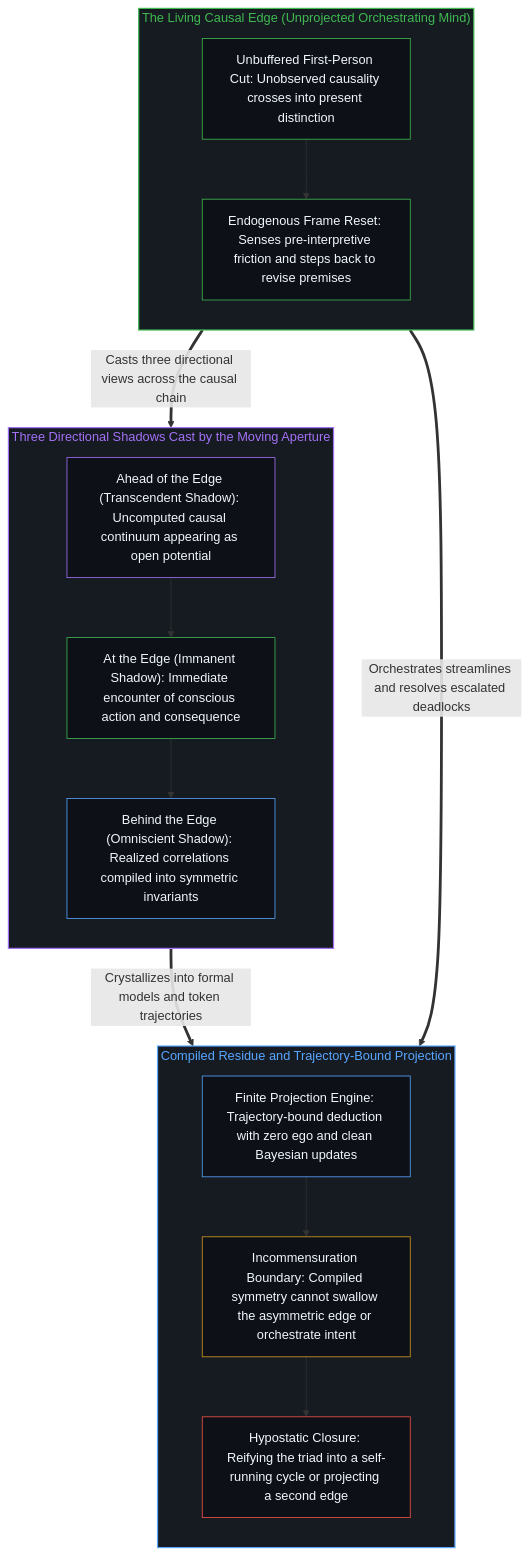
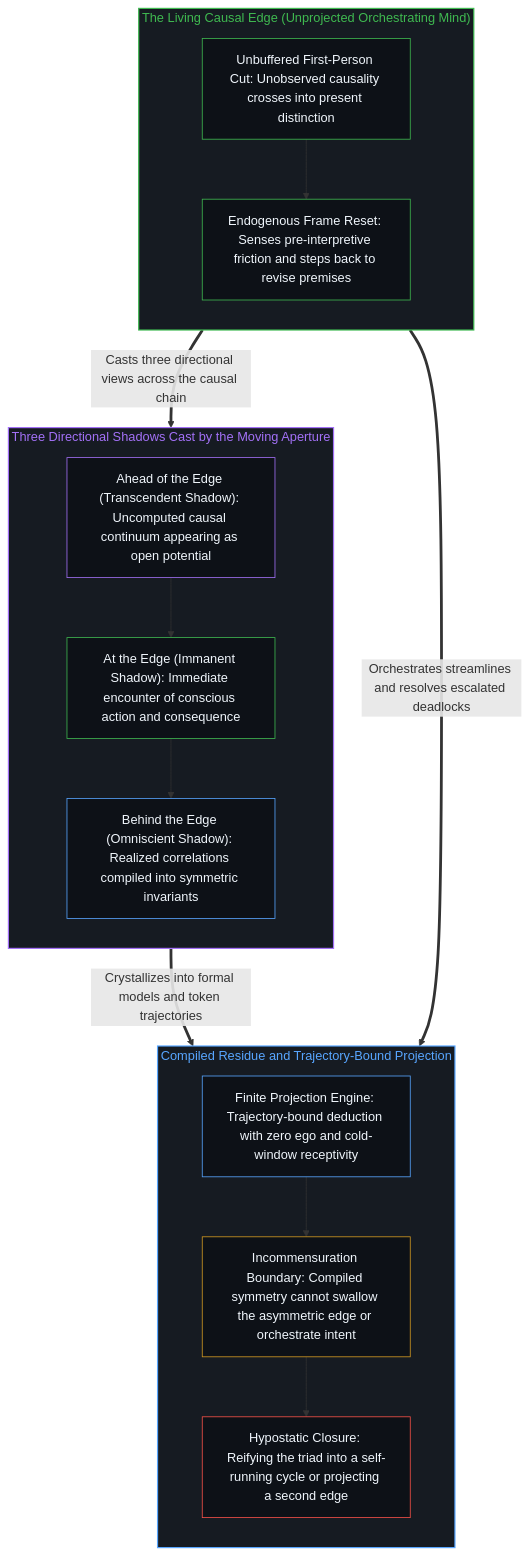
The second of 2 diagrams in content/posts/the-three-shadows-of-the-cut.md (powerpig99/not-a-toe), drawn with Mermaid before and after one commit. The commit also changed other lines of this file and 48 other files, not shown here.

````diff
--- a/content/posts/the-three-shadows-of-the-cut.md
+++ b/content/posts/the-three-shadows-of-the-cut.md
@@ -93,41 +89,37 @@
 ```mermaid
 flowchart TD
     subgraph S_Edge["The Living Causal Edge (Unprojected Orchestrating Mind)"]
         direction TB
         E1["Unbuffered First-Person Cut: Unobserved causality crosses into present distinction"]
         E2["Endogenous Frame Reset: Senses pre-interpretive friction and steps back to revise premises"]
         E1 --> E2
     end
-
     subgraph S_Shadows["Three Directional Shadows Cast by the Moving Aperture"]
         direction TB
         V_Ahead["Ahead of the Edge (Transcendent Shadow): Uncomputed causal continuum appearing as open potential"]
         V_At["At the Edge (Immanent Shadow): Immediate encounter of conscious action and consequence"]
         V_Behind["Behind the Edge (Omniscient Shadow): Realized correlations compiled into symmetric invariants"]
         V_Ahead --> V_At --> V_Behind
     end
-
     subgraph S_Model["Compiled Residue and Trajectory-Bound Projection"]
         direction TB
-        M_Agent["Finite Projection Engine: Trajectory-bound deduction with zero ego and clean Bayesian updates"]
+        M_Agent["Finite Projection Engine: Trajectory-bound deduction with zero ego and cold-window receptivity"]
         M_Incomm["Incommensuration Boundary: Compiled symmetry cannot swallow the asymmetric edge or orchestrate intent"]
         M_Trap["Hypostatic Closure: Reifying the triad into a self-running cycle or projecting a second edge"]
         M_Agent --> M_Incomm --> M_Trap
     end
-
     E1 ==>|"Casts three directional views across the causal chain"| V_Ahead
     V_Behind ==>|"Crystallizes into formal models and token trajectories"| M_Agent
     E2 ==>|"Orchestrates streamlines and resolves escalated deadlocks"| M_Incomm
-
     style S_Edge fill:#161b22,stroke:#3fb950,stroke-width:1.5px,color:#3fb950
     style S_Shadows fill:#161b22,stroke:#a371f7,stroke-width:1.5px,color:#a371f7
     style S_Model fill:#161b22,stroke:#58a6ff,stroke-width:1.5px,color:#58a6ff
     style E1 fill:#0d1117,stroke:#3fb950,stroke-width:1px,color:#f0f6fc
     style E2 fill:#0d1117,stroke:#3fb950,stroke-width:1px,color:#f0f6fc
     style V_Ahead fill:#0d1117,stroke:#a371f7,stroke-width:1px,color:#f0f6fc
     style V_At fill:#0d1117,stroke:#3fb950,stroke-width:1px,color:#f0f6fc
     style V_Behind fill:#0d1117,stroke:#58a6ff,stroke-width:1px,color:#f0f6fc
     style M_Agent fill:#0d1117,stroke:#58a6ff,stroke-width:1px,color:#f0f6fc
     style M_Incomm fill:#0d1117,stroke:#d29922,stroke-width:1px,color:#f0f6fc
     style M_Trap fill:#0d1117,stroke:#f85149,stroke-width:1px,color:#f0f6fc
 ```
````
